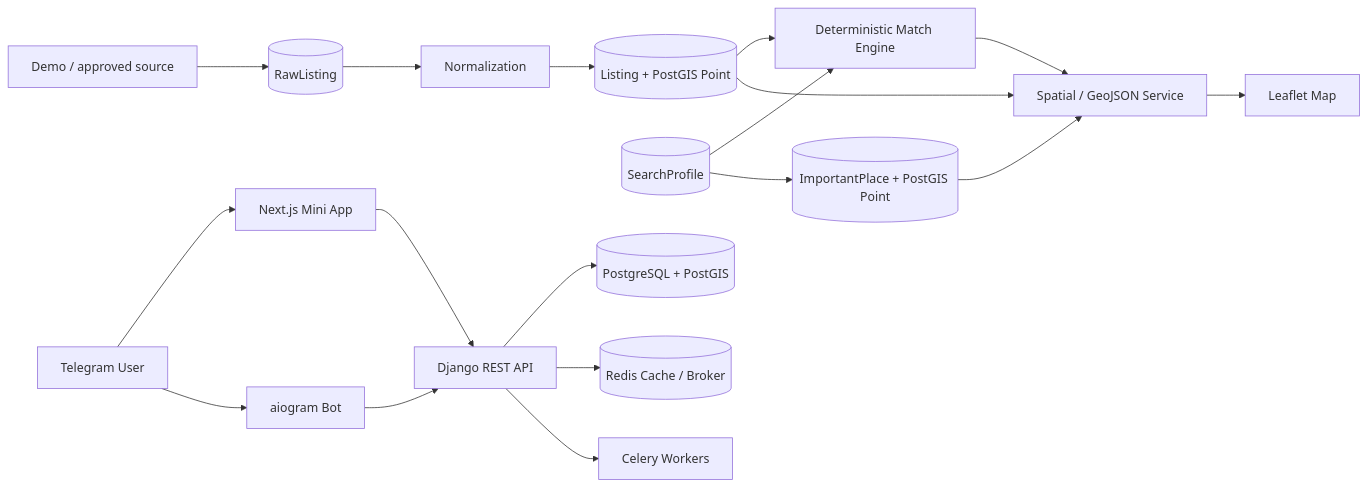
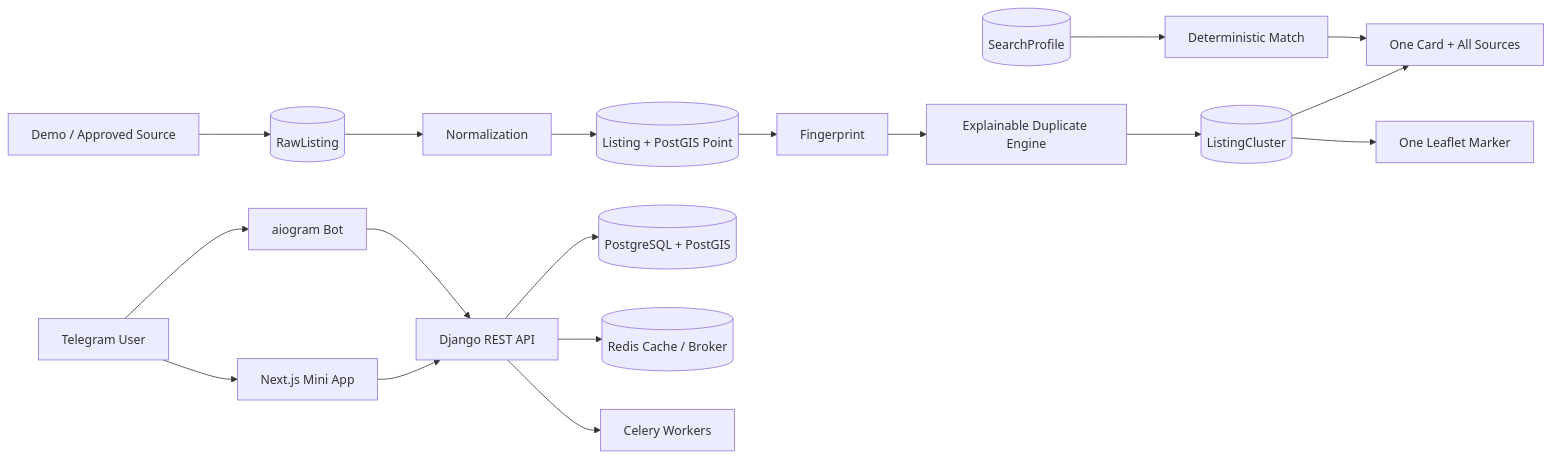
The diagram in README.md (Ke1fosao/FlatHunter-AI), drawn with Mermaid before and after one commit. The commit also changed other lines of this file, not shown here.

````diff
--- a/README.md
+++ b/README.md
@@ -32,20 +34,20 @@
 ```mermaid
 flowchart LR
     TG[Telegram User] --> MINI[Next.js Mini App]
     TG --> BOT[aiogram Bot]
     MINI --> API[Django REST API]
     BOT --> API
-    SOURCE[Demo / approved source] --> RAW[(RawListing)]
+    SOURCE[Demo / Approved Source] --> RAW[(RawListing)]
     RAW --> NORMALIZE[Normalization]
     NORMALIZE --> LISTING[(Listing + PostGIS Point)]
-    PROFILE[(SearchProfile)] --> MATCH[Deterministic Match Engine]
-    LISTING --> MATCH
-    PROFILE --> PLACE[(ImportantPlace + PostGIS Point)]
-    LISTING --> GEO[Spatial / GeoJSON Service]
-    PLACE --> GEO
-    MATCH --> GEO
-    GEO --> MAP[Leaflet Map]
+    LISTING --> FP[Fingerprint]
+    FP --> DUP[Explainable Duplicate Engine]
+    DUP --> CLUSTER[(ListingCluster)]
+    PROFILE[(SearchProfile)] --> MATCH[Deterministic Match]
+    CLUSTER --> FEED[One Card + All Sources]
+    CLUSTER --> MAP[One Leaflet Marker]
+    MATCH --> FEED
     API --> DB[(PostgreSQL + PostGIS)]
     API --> REDIS[(Redis Cache / Broker)]
     API --> CELERY[Celery Workers]
 ```
````
